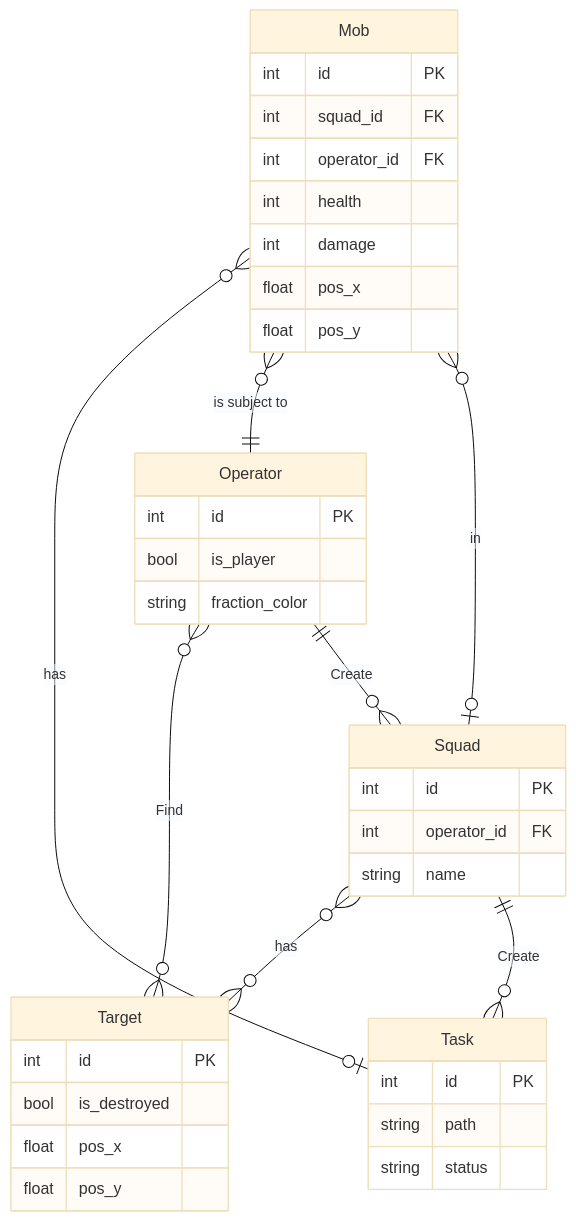
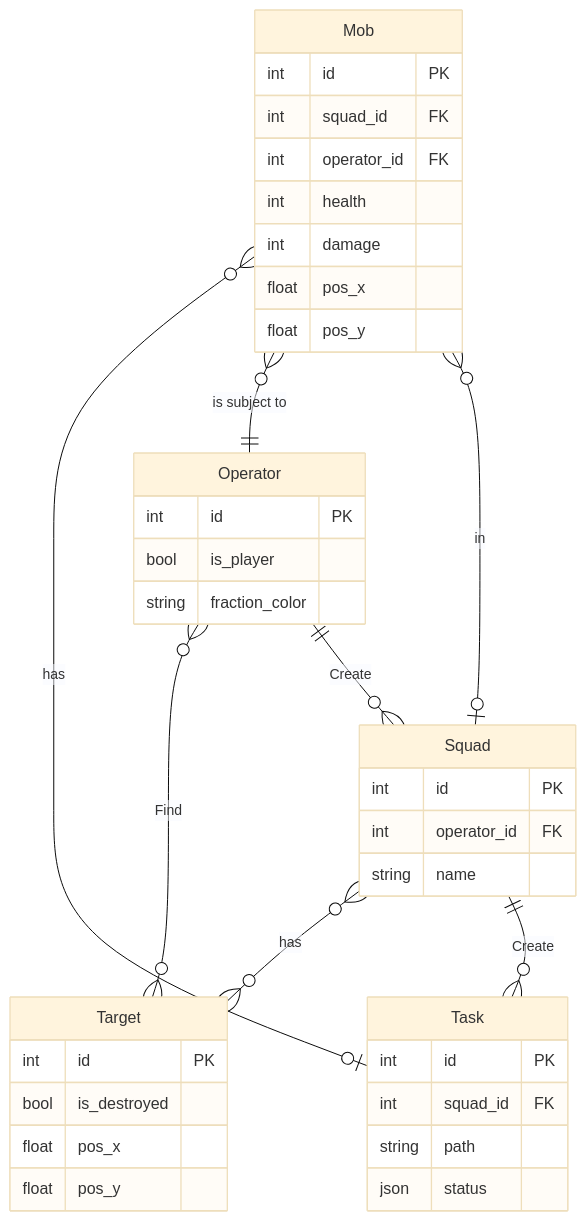
One commit to wectorJ/kpi-2 changed the diagram in lab1/erd.mmd. Above: the diagram before and after it, drawn with Mermaid (base theme). The commit also changed 3 other files, not shown here.

Commit message:
add: defense.md fix: attribute types in erd & spec

```diff
--- a/lab1/erd.mmd
+++ b/lab1/erd.mmd
@@ -1,43 +1,44 @@
 erDiagram
     Mob {
         int id PK
         int squad_id FK
         int operator_id FK
         int health
         int damage
         float pos_x
         float pos_y
     }
 
     Squad {
         int id PK
         int operator_id FK
         string name
     }
 
     Target {
         int id PK
         bool is_destroyed
         float pos_x
         float pos_y
     }
 
     Operator {
         int id PK
         bool is_player
         string fraction_color
     }
 
     Task {
         int id PK
+        int squad_id FK
         string path
-        string status
+        json status
     }
 
     Squad |o--o{ Mob : "in"
     Squad }o--o{ Target : "has"
     Operator }o--o{ Target : "Find"
     Operator ||--o{ Squad : "Create"
     Squad ||--o{ Task : "Create"
     Mob }o--o| Task : "has"
     Mob }o--|| Operator : "is subject to"
```
